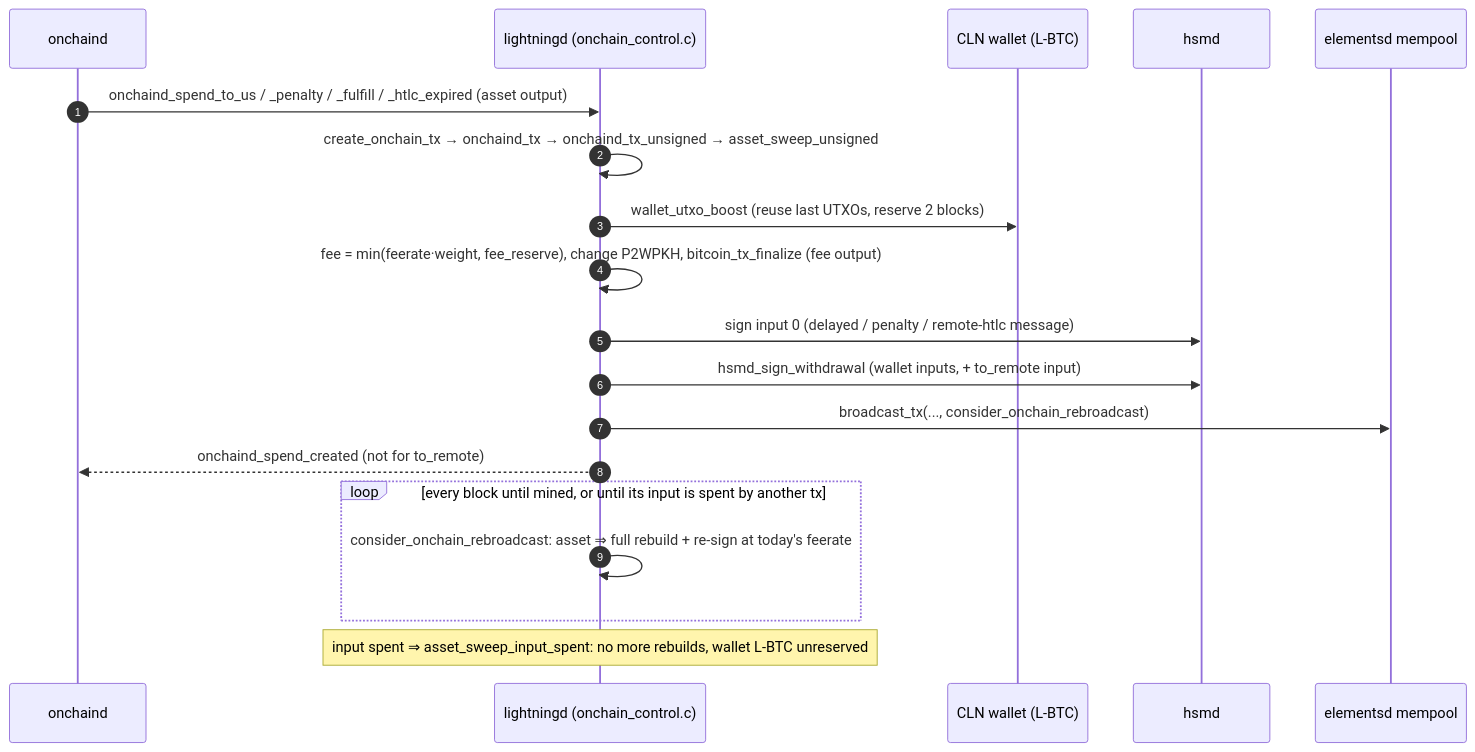
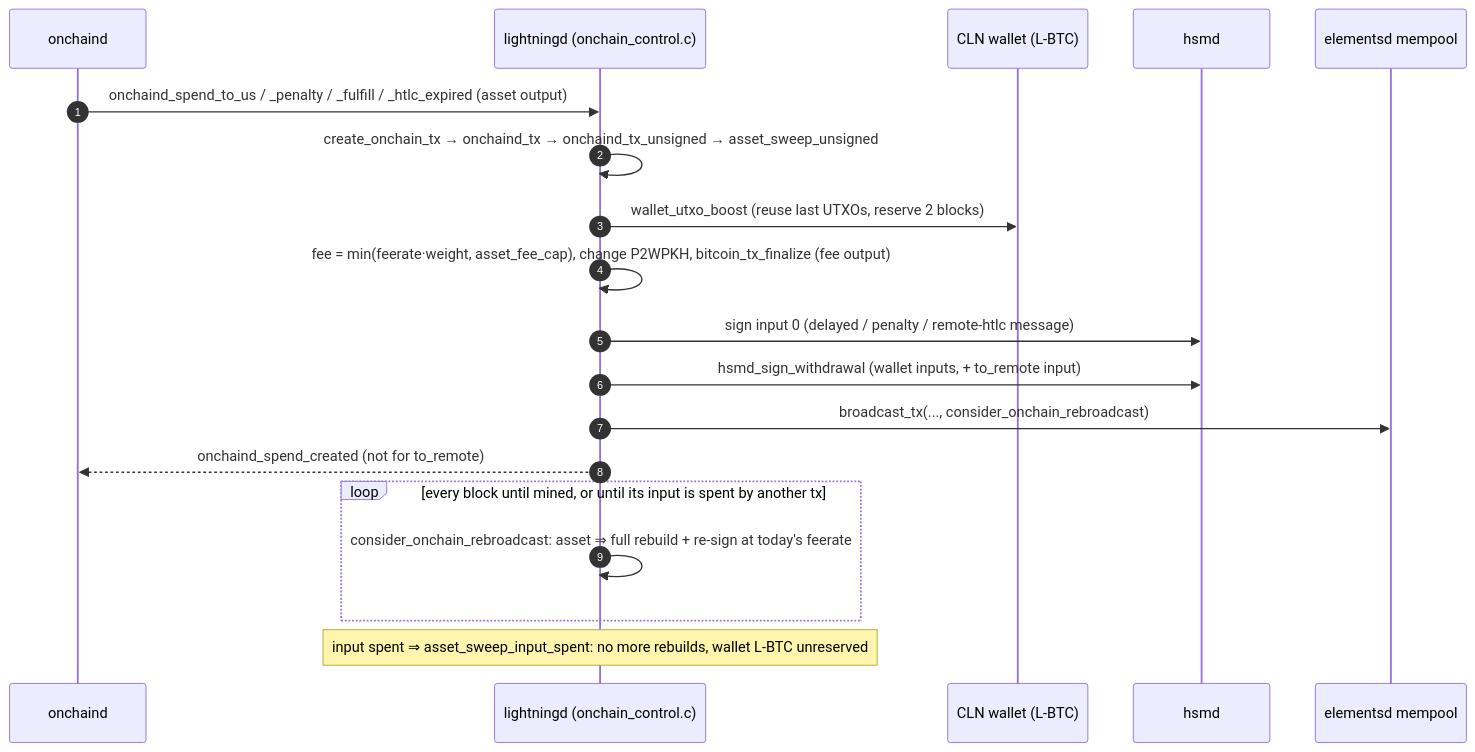
The sixth of 7 diagrams in contrib/assets-vault/Liquid/Asset Channel Lifecycle.md (MarkCherepovskyi/lightning), drawn with Mermaid before and after one commit. The commit also changed other lines of this file and 15 other files, not shown here.

First line of the commit message:
Asset channels: Elements anchor spends, deadline-aware fee cap

````diff
--- a/contrib/assets-vault/Liquid/Asset Channel Lifecycle.md
+++ b/contrib/assets-vault/Liquid/Asset Channel Lifecycle.md
@@ -255,21 +255,21 @@
 ```mermaid
 sequenceDiagram
     autonumber
     participant OD as onchaind
     participant L as lightningd (onchain_control.c)
     participant W as CLN wallet (L-BTC)
     participant H as hsmd
     participant N as elementsd mempool
     OD->>L: onchaind_spend_to_us / _penalty / _fulfill / _htlc_expired (asset output)
     L->>L: create_onchain_tx → onchaind_tx → onchaind_tx_unsigned → asset_sweep_unsigned
     L->>W: wallet_utxo_boost (reuse last UTXOs, reserve 2 blocks)
-    L->>L: fee = min(feerate·weight, fee_reserve), change P2WPKH, bitcoin_tx_finalize (fee output)
+    L->>L: fee = min(feerate·weight, asset_fee_cap), change P2WPKH, bitcoin_tx_finalize (fee output)
     L->>H: sign input 0 (delayed / penalty / remote-htlc message)
     L->>H: hsmd_sign_withdrawal (wallet inputs, + to_remote input)
     L->>N: broadcast_tx(..., consider_onchain_rebroadcast)
     L-->>OD: onchaind_spend_created (not for to_remote)
     loop every block until mined, or until its input is spent by another tx
         L->>L: consider_onchain_rebroadcast: asset ⇒ full rebuild + re-sign at today's feerate
     end
     Note over L: input spent ⇒ asset_sweep_input_spent: no more rebuilds, wallet L-BTC unreserved
 ```
````
